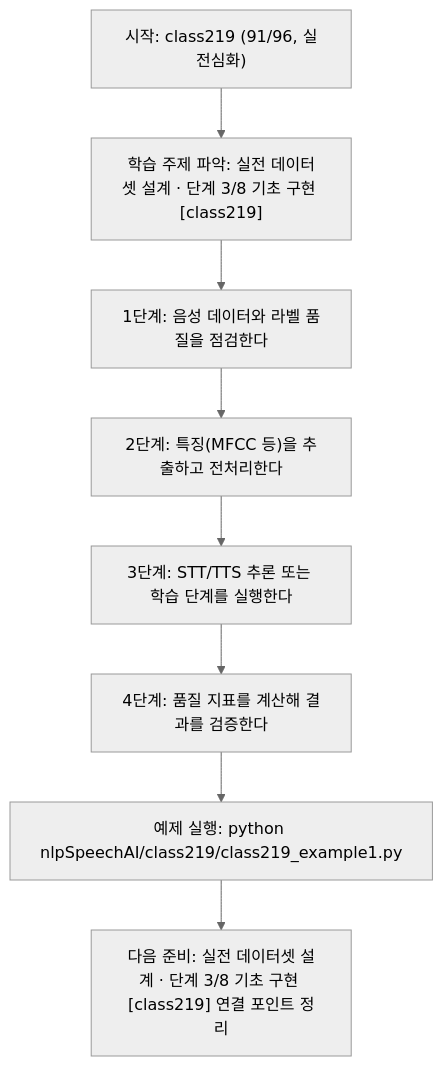
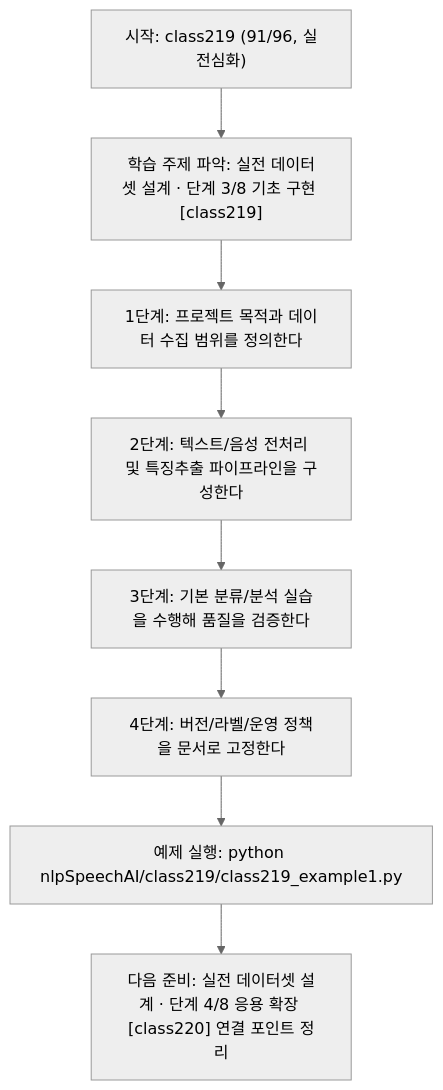
Before and after one commit to edumgt/Python-AI_Agent-Class: the diagram in nlpSpeechAI/class219/class219.md, drawn with Mermaid (neutral theme). The commit also changed other lines of this file and 1122 other files, not shown here.

````diff
--- a/nlpSpeechAI/class219/class219.md
+++ b/nlpSpeechAI/class219/class219.md
@@ -114,18 +95,18 @@
 ```mermaid
 flowchart TD
 N1["시작: class219 (91/96, 실전심화)"]
 N2["학습 주제 파악: 실전 데이터셋 설계 · 단계 3/8 기초 구현 [class219]"]
-N3["1단계: 음성 데이터와 라벨 품질을 점검한다"]
-N4["2단계: 특징(MFCC 등)을 추출하고 전처리한다"]
-N5["3단계: STT/TTS 추론 또는 학습 단계를 실행한다"]
-N6["4단계: 품질 지표를 계산해 결과를 검증한다"]
+N3["1단계: 프로젝트 목적과 데이터 수집 범위를 정의한다"]
+N4["2단계: 텍스트/음성 전처리 및 특징추출 파이프라인을 구성한다"]
+N5["3단계: 기본 분류/분석 실습을 수행해 품질을 검증한다"]
+N6["4단계: 버전/라벨/운영 정책을 문서로 고정한다"]
 N7["예제 실행: python nlpSpeechAI/class219/class219_example1.py"]
-N8["다음 준비: 실전 데이터셋 설계 · 단계 3/8 기초 구현 [class219] 연결 포인트 정리"]
+N8["다음 준비: 실전 데이터셋 설계 · 단계 4/8 응용 확장 [class220] 연결 포인트 정리"]
 N1 --> N2
 N2 --> N3
 N3 --> N4
 N4 --> N5
 N5 --> N6
 N6 --> N7
 N7 --> N8
 ```
````
